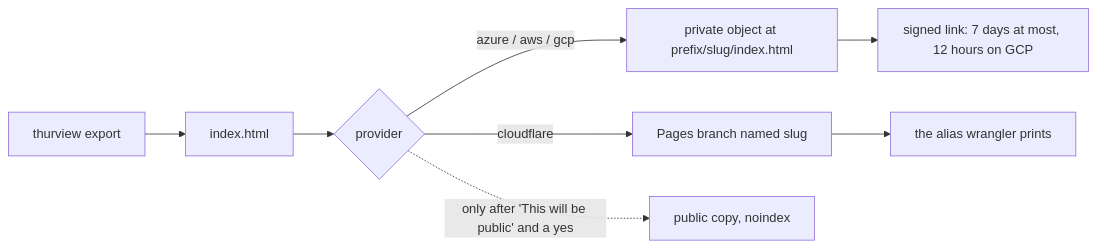
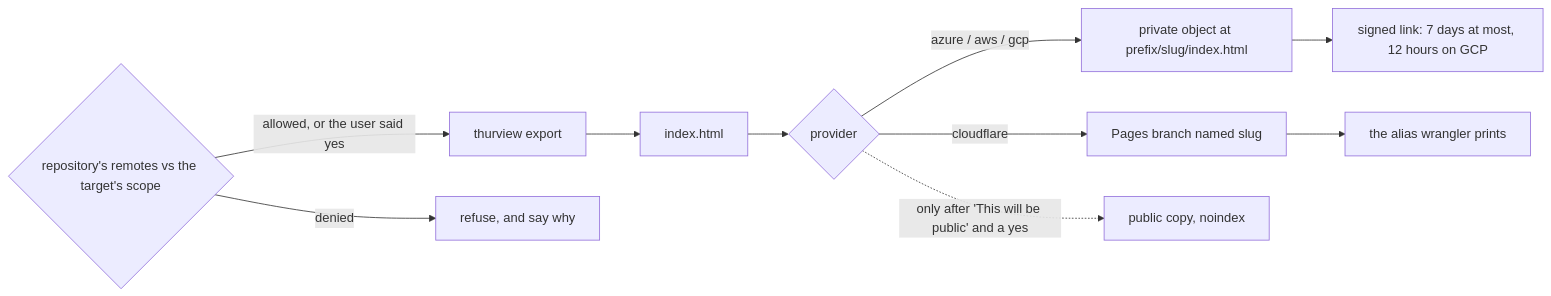
Before and after one commit to Thurbeen/thurview: the diagram in skills/thurview-publish/SKILL.md, drawn with Mermaid. The commit also changed other lines of this file and 4 other files, not shown here.

````diff
--- a/skills/thurview-publish/SKILL.md
+++ b/skills/thurview-publish/SKILL.md
@@ -13,10 +13,12 @@
 ```mermaid
 flowchart LR
-  A[thurview export] --> B[index.html]
+  S{repository's remotes vs the target's scope} -->|allowed, or the user said yes| A[thurview export]
+  S -->|denied| X[refuse, and say why]
+  A --> B[index.html]
   B --> C{provider}
   C -->|azure / aws / gcp| D[private object at prefix/slug/index.html]
   D --> E[signed link: 7 days at most, 12 hours on GCP]
   C -->|cloudflare| F[Pages branch named slug]
   F --> G[the alias wrangler prints]
   C -.->|only after 'This will be public' and a yes| H[public copy, noindex]
 ```
````
